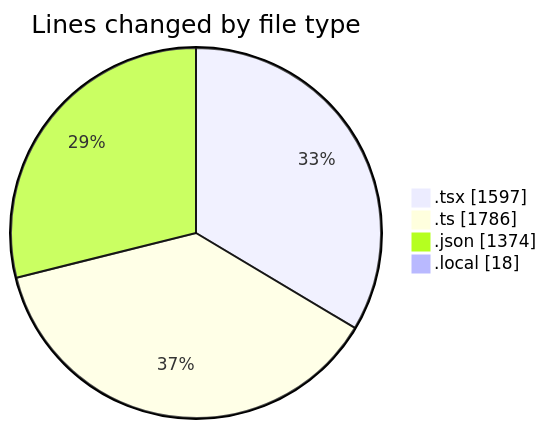
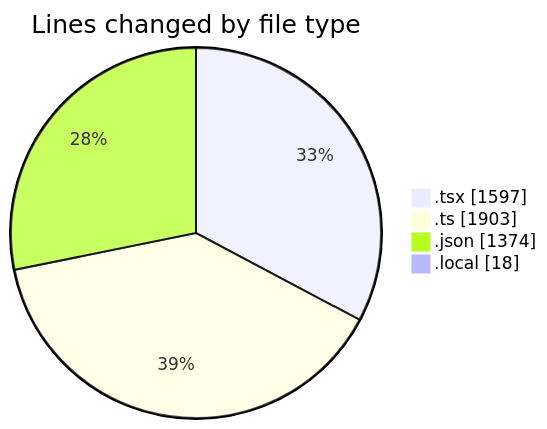
One commit to julien-gomy/code-tracking changed the first of 2 diagrams in 2025-10-16/eventscop-frontend-guide__workspace_/README.md. Above: the diagram before and after it, drawn with Mermaid. The commit also changed other lines of this file and 1 other file, not shown here.

````diff
--- a/2025-10-16/eventscop-frontend-guide__workspace_/README.md
+++ b/2025-10-16/eventscop-frontend-guide__workspace_/README.md
@@ -45,8 +46,8 @@
 ```mermaid
 pie showData
 title Lines changed by file type
 ".tsx" : 1597
-".ts" : 1786
+".ts" : 1903
 ".json" : 1374
 ".local" : 18
 ```
````
